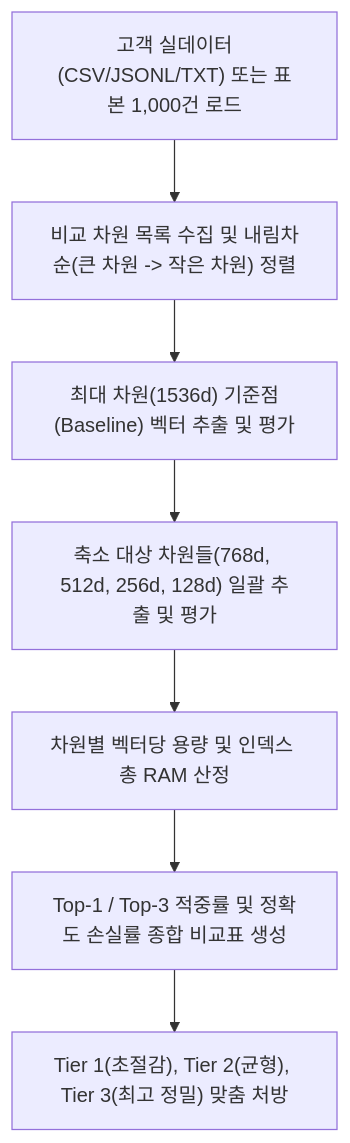
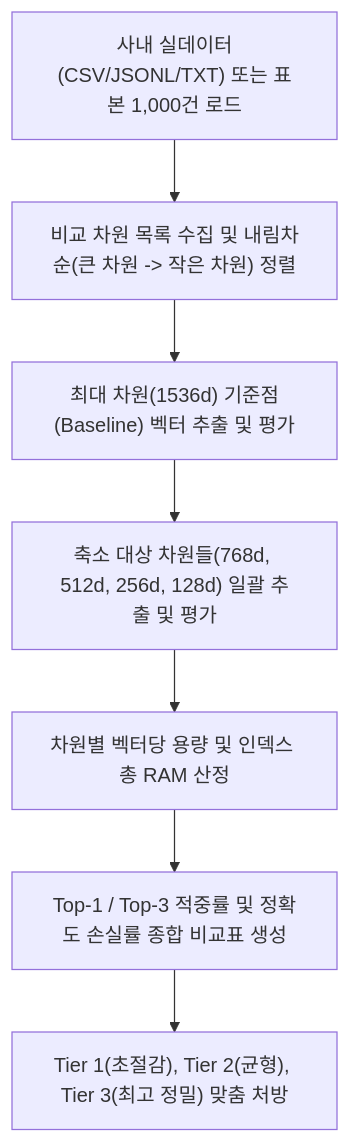
One commit to jiangjun-forge/google-cloud-0-to-1 changed the diagram in samples/embedding-dimension-tradeoff-analyzer/README.md. Above: the diagram before and after it, drawn with Mermaid. The commit also changed other lines of this file and 25 other files, not shown here.

````diff
--- a/samples/embedding-dimension-tradeoff-analyzer/README.md
+++ b/samples/embedding-dimension-tradeoff-analyzer/README.md
@@ -23,9 +23,9 @@
 ```mermaid
 graph TD
-    A["고객 실데이터(CSV/JSONL/TXT) 또는 표본 1,000건 로드"] --> B["비교 차원 목록 수집 및 내림차순(큰 차원 -> 작은 차원) 정렬"]
+    A["사내 실데이터(CSV/JSONL/TXT) 또는 표본 1,000건 로드"] --> B["비교 차원 목록 수집 및 내림차순(큰 차원 -> 작은 차원) 정렬"]
     B --> C["최대 차원(1536d) 기준점(Baseline) 벡터 추출 및 평가"]
     C --> D["축소 대상 차원들(768d, 512d, 256d, 128d) 일괄 추출 및 평가"]
     D --> E["차원별 벡터당 용량 및 인덱스 총 RAM 산정"]
     E --> F["Top-1 / Top-3 적중률 및 정확도 손실률 종합 비교표 생성"]
     F --> G["Tier 1(초절감), Tier 2(균형), Tier 3(최고 정밀) 맞춤 처방"]
 ```
````
